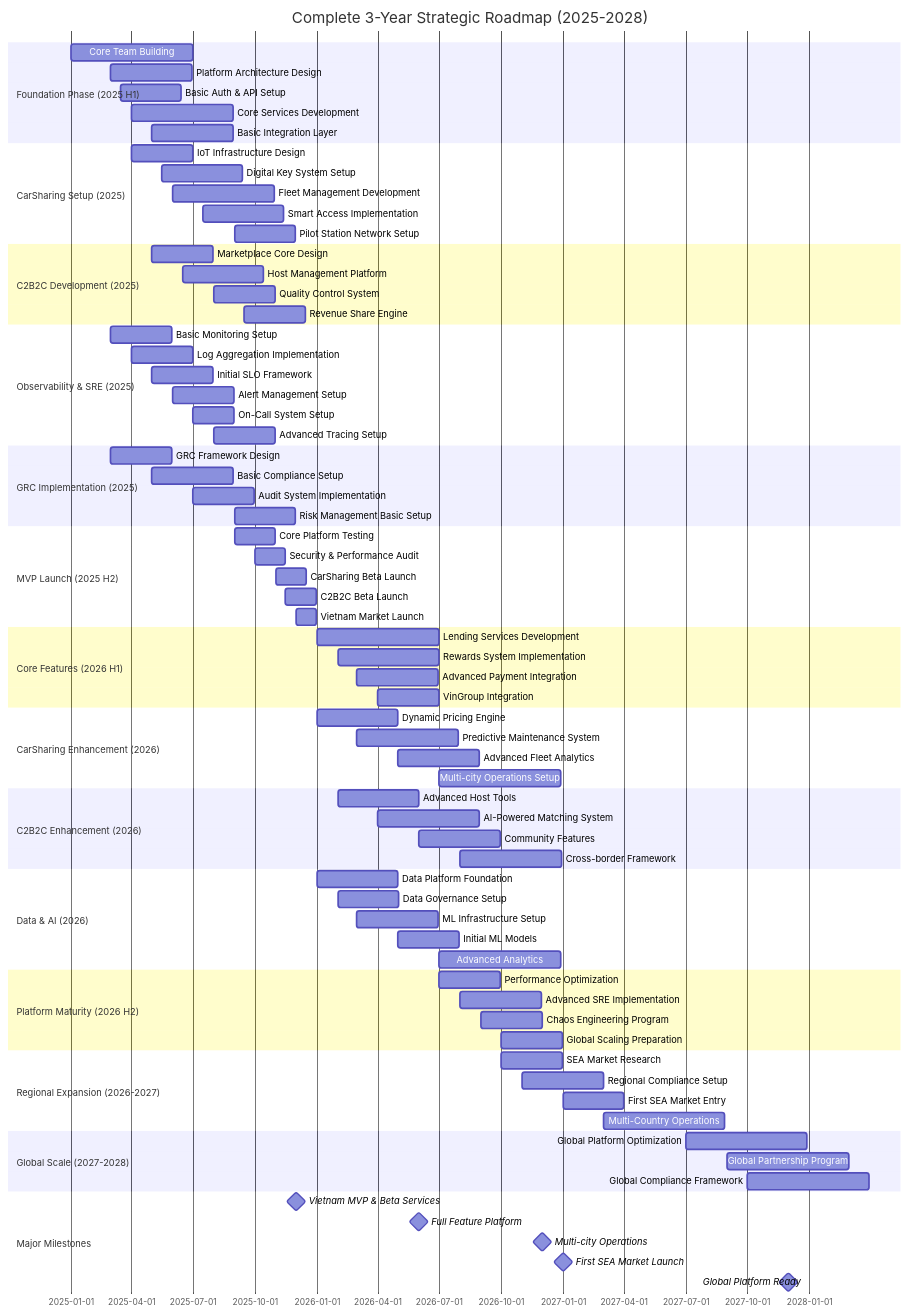
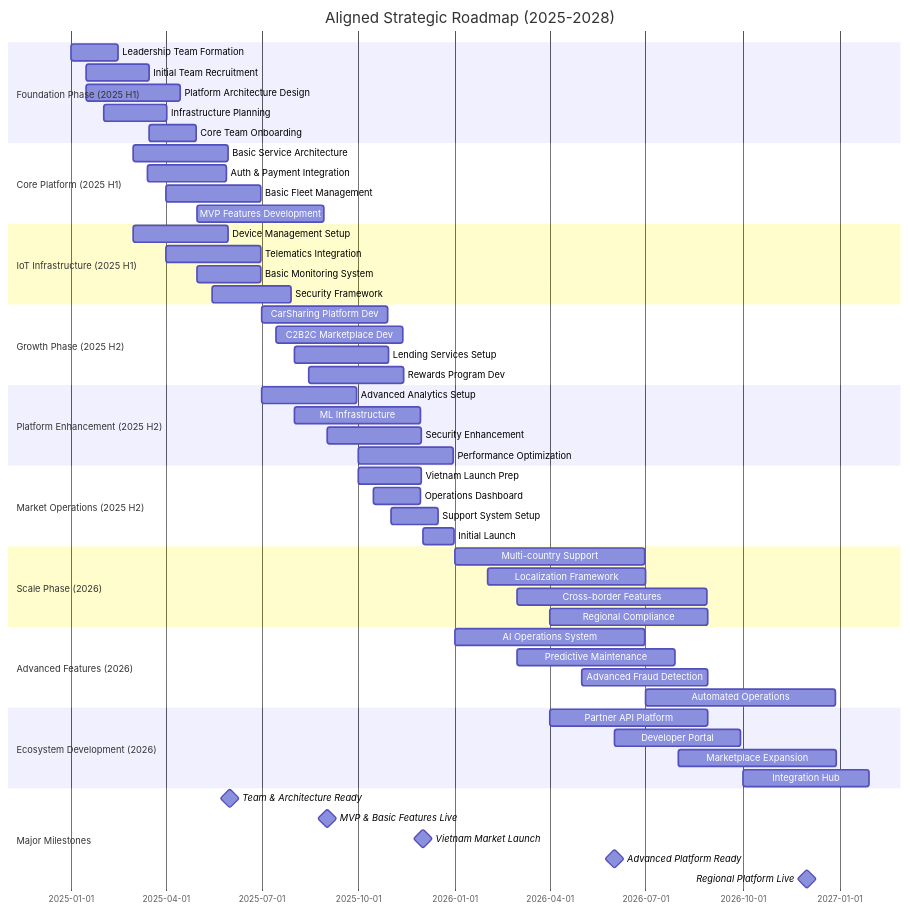
Before and after one commit to simbataisa/gsm-cto: the diagram in FGF-Gantt.md, drawn with Mermaid. The commit also changed 2 other files, not shown here.

Commit message:
updated timeline gantt

````diff
--- a/FGF-Gantt.md
+++ b/FGF-Gantt.md
@@ -1,95 +1,67 @@
 ```mermaid
 gantt
-    title Complete 3-Year Strategic Roadmap (2025-2028)
+    title Aligned Strategic Roadmap (2025-2028)
     dateFormat  YYYY-MM-DD
 
     section Foundation Phase (2025 H1)
-    Core Team Building              :a1, 2025-01-01, 180d
-    Platform Architecture Design    :a2, 2025-03-01, 120d
-    Basic Auth & API Setup         :a3, 2025-03-15, 90d
-    Core Services Development      :a4, 2025-04-01, 150d
-    Basic Integration Layer        :a5, 2025-05-01, 120d
+    Leadership Team Formation      :a1, 2025-01-01, 45d
+    Initial Team Recruitment      :a2, 2025-01-15, 60d
+    Platform Architecture Design  :a3, 2025-01-15, 90d
+    Infrastructure Planning       :a4, 2025-02-01, 60d
+    Core Team Onboarding         :a5, after a2, 45d
 
-    section CarSharing Setup (2025)
-    IoT Infrastructure Design      :cs1, 2025-04-01, 90d
-    Digital Key System Setup       :cs2, 2025-05-15, 120d
-    Fleet Management Development   :cs3, 2025-06-01, 150d
-    Smart Access Implementation    :cs4, 2025-07-15, 120d
-    Pilot Station Network Setup    :cs5, 2025-09-01, 90d
+    section Core Platform (2025 H1)
+    Basic Service Architecture    :b1, 2025-03-01, 90d
+    Auth & Payment Integration    :b2, 2025-03-15, 75d
+    Basic Fleet Management       :b3, 2025-04-01, 90d
+    MVP Features Development     :b4, 2025-05-01, 120d
 
-    section C2B2C Development (2025)
-    Marketplace Core Design        :c2c1, 2025-05-01, 90d
-    Host Management Platform       :c2c2, 2025-06-15, 120d
-    Quality Control System         :c2c3, 2025-08-01, 90d
-    Revenue Share Engine           :c2c4, 2025-09-15, 90d
+    section IoT Infrastructure (2025 H1)
+    Device Management Setup      :c1, 2025-03-01, 90d
+    Telematics Integration      :c2, 2025-04-01, 90d
+    Basic Monitoring System     :c3, 2025-05-01, 60d
+    Security Framework          :c4, 2025-05-15, 75d
 
-    section Observability & SRE (2025)
-    Basic Monitoring Setup         :b1, 2025-03-01, 90d
-    Log Aggregation Implementation :b2, 2025-04-01, 90d
-    Initial SLO Framework         :b3, 2025-05-01, 90d
-    Alert Management Setup        :b4, 2025-06-01, 90d
-    On-Call System Setup          :b5, 2025-07-01, 60d
-    Advanced Tracing Setup        :b6, 2025-08-01, 90d
+    section Growth Phase (2025 H2)
+    CarSharing Platform Dev     :d1, 2025-07-01, 120d
+    C2B2C Marketplace Dev       :d2, 2025-07-15, 120d
+    Lending Services Setup      :d3, 2025-08-01, 90d
+    Rewards Program Dev         :d4, 2025-08-15, 90d
 
-    section GRC Implementation (2025)
-    GRC Framework Design          :c1, 2025-03-01, 90d
-    Basic Compliance Setup        :c2, 2025-05-01, 120d
-    Audit System Implementation   :c3, 2025-07-01, 90d
-    Risk Management Basic Setup   :c4, 2025-09-01, 90d
+    section Platform Enhancement (2025 H2)
+    Advanced Analytics Setup    :e1, 2025-07-01, 90d
+    ML Infrastructure          :e2, 2025-08-01, 120d
+    Security Enhancement       :e3, 2025-09-01, 90d
+    Performance Optimization   :e4, 2025-10-01, 90d
 
-    section MVP Launch (2025 H2)
-    Core Platform Testing         :d1, 2025-09-01, 60d
-    Security & Performance Audit  :d2, 2025-10-01, 45d
-    CarSharing Beta Launch       :d3, 2025-11-01, 45d
-    C2B2C Beta Launch           :d4, 2025-11-15, 45d
-    Vietnam Market Launch        :d5, 2025-12-01, 30d
+    section Market Operations (2025 H2)
+    Vietnam Launch Prep        :f1, 2025-10-01, 60d
+    Operations Dashboard       :f2, 2025-10-15, 45d
+    Support System Setup       :f3, 2025-11-01, 45d
+    Initial Launch            :f4, 2025-12-01, 30d
 
-    section Core Features (2026 H1)
-    Lending Services Development  :e1, 2026-01-01, 180d
-    Rewards System Implementation :e2, 2026-02-01, 150d
-    Advanced Payment Integration  :e3, 2026-03-01, 120d
-    VinGroup Integration         :e4, 2026-04-01, 90d
+    section Scale Phase (2026)
+    Multi-country Support     :g1, 2026-01-01, 180d
+    Localization Framework    :g2, 2026-02-01, 150d
+    Cross-border Features     :g3, 2026-03-01, 180d
+    Regional Compliance       :g4, 2026-04-01, 150d
 
-    section CarSharing Enhancement (2026)
-    Dynamic Pricing Engine        :cs6, 2026-01-01, 120d
-    Predictive Maintenance System :cs7, 2026-03-01, 150d
-    Advanced Fleet Analytics      :cs8, 2026-05-01, 120d
-    Multi-city Operations Setup   :cs9, 2026-07-01, 180d
+    section Advanced Features (2026)
+    AI Operations System      :h1, 2026-01-01, 180d
+    Predictive Maintenance    :h2, 2026-03-01, 150d
+    Advanced Fraud Detection  :h3, 2026-05-01, 120d
+    Automated Operations      :h4, 2026-07-01, 180d
 
-    section C2B2C Enhancement (2026)
-    Advanced Host Tools           :c2c5, 2026-02-01, 120d
-    AI-Powered Matching System    :c2c6, 2026-04-01, 150d
-    Community Features            :c2c7, 2026-06-01, 120d
-    Cross-border Framework        :c2c8, 2026-08-01, 150d
-
-    section Data & AI (2026)
-    Data Platform Foundation     :f1, 2026-01-01, 120d
-    Data Governance Setup        :f2, 2026-02-01, 90d
-    ML Infrastructure Setup      :f3, 2026-03-01, 120d
-    Initial ML Models           :f4, 2026-05-01, 90d
-    Advanced Analytics          :f5, 2026-07-01, 180d
-
-    section Platform Maturity (2026 H2)
-    Performance Optimization    :g1, 2026-07-01, 90d
-    Advanced SRE Implementation :g2, 2026-08-01, 120d
-    Chaos Engineering Program   :g3, 2026-09-01, 90d
-    Global Scaling Preparation  :g4, 2026-10-01, 90d
-
-    section Regional Expansion (2026-2027)
-    SEA Market Research         :h1, 2026-10-01, 90d
-    Regional Compliance Setup   :h2, 2026-11-01, 120d
-    First SEA Market Entry      :h3, 2027-01-01, 90d
-    Multi-Country Operations    :h4, 2027-03-01, 180d
-
-    section Global Scale (2027-2028)
-    Global Platform Optimization :i1, 2027-07-01, 180d
-    Global Partnership Program   :i2, 2027-09-01, 180d
-    Global Compliance Framework  :i3, 2027-10-01, 180d
+    section Ecosystem Development (2026)
+    Partner API Platform      :i1, 2026-04-01, 150d
+    Developer Portal          :i2, 2026-06-01, 120d
+    Marketplace Expansion     :i3, 2026-08-01, 150d
+    Integration Hub           :i4, 2026-10-01, 120d
 
     section Major Milestones
-    Vietnam MVP & Beta Services   :milestone, m1, 2025-12-01, 0d
-    Full Feature Platform         :milestone, m2, 2026-06-01, 0d
-    Multi-city Operations         :milestone, m3, 2026-12-01, 0d
-    First SEA Market Launch       :milestone, m4, 2027-01-01, 0d
-    Global Platform Ready         :milestone, m5, 2027-12-01, 0d
+    Team & Architecture Ready    :milestone, m1, 2025-06-01, 0d
+    MVP & Basic Features Live    :milestone, m2, 2025-09-01, 0d
+    Vietnam Market Launch        :milestone, m3, 2025-12-01, 0d
+    Advanced Platform Ready      :milestone, m4, 2026-06-01, 0d
+    Regional Platform Live       :milestone, m5, 2026-12-01, 0d
 ```
````
